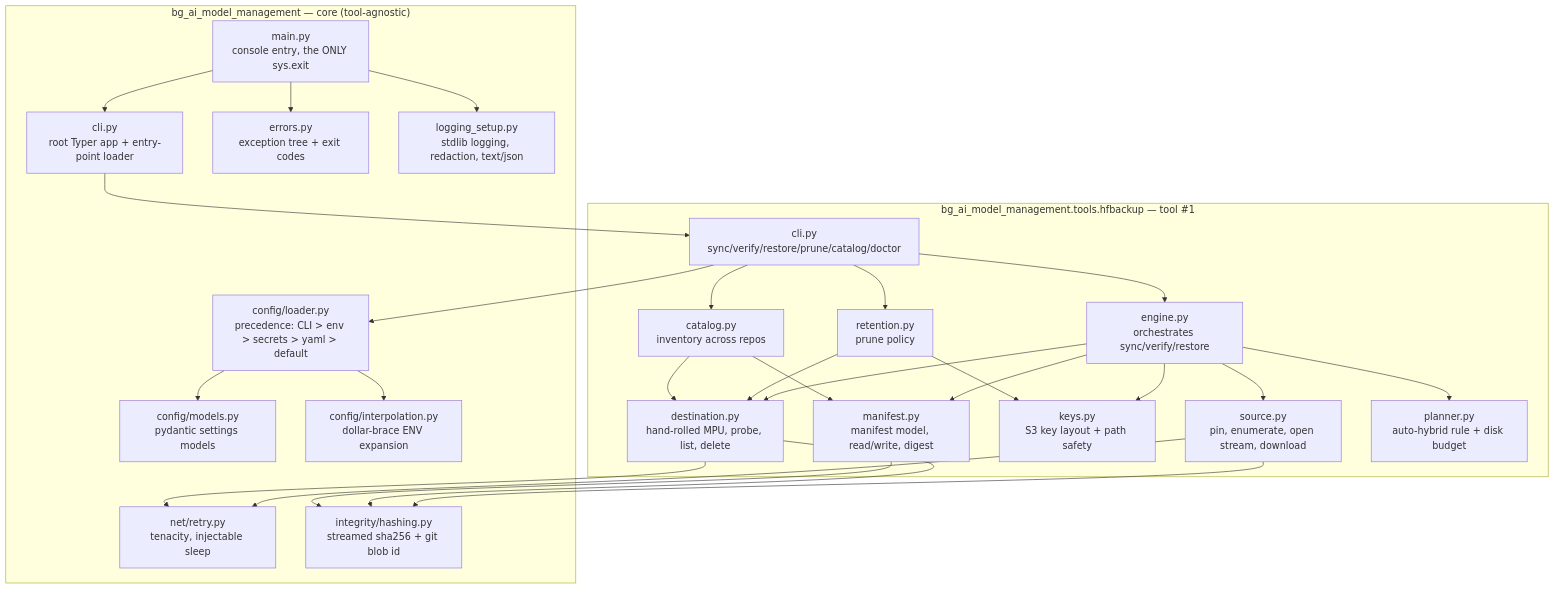
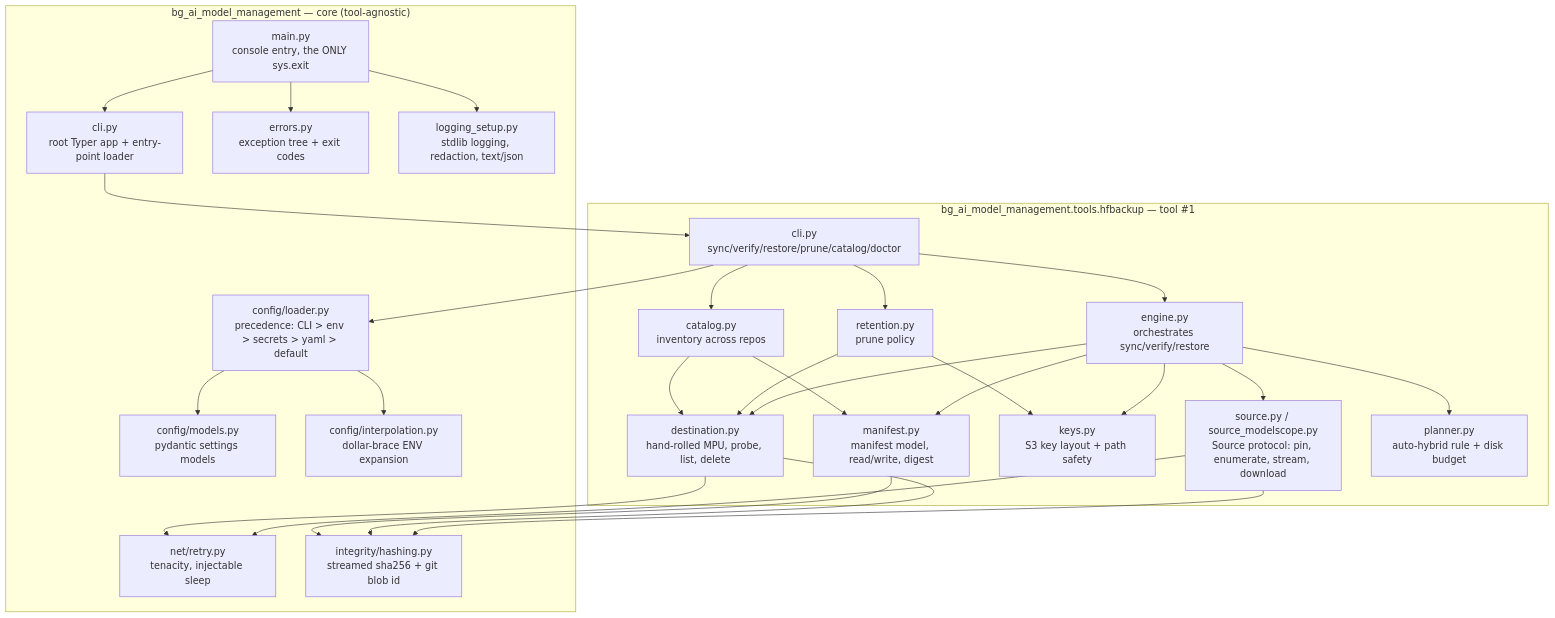
The first of 8 diagrams in docs/architecture.md (bauer-group/XPD-AIModelManagement), drawn with Mermaid before and after one commit. The commit also changed other lines of this file and 22 other files, not shown here.

````diff
--- a/docs/architecture.md
+++ b/docs/architecture.md
@@ -50,51 +50,51 @@
 ```mermaid
 graph TD
   subgraph core["bg_ai_model_management — core (tool-agnostic)"]
     main["main.py<br/>console entry, the ONLY sys.exit"]
     cli["cli.py<br/>root Typer app + entry-point loader"]
     err["errors.py<br/>exception tree + exit codes"]
     log["logging_setup.py<br/>stdlib logging, redaction, text/json"]
     cfgm["config/models.py<br/>pydantic settings models"]
     cfgl["config/loader.py<br/>precedence: CLI &gt; env &gt; secrets &gt; yaml &gt; default"]
     cfgi["config/interpolation.py<br/>dollar-brace ENV expansion"]
     retry["net/retry.py<br/>tenacity, injectable sleep"]
     hash["integrity/hashing.py<br/>streamed sha256 + git blob id"]
   end
 
   subgraph tool1["bg_ai_model_management.tools.hfbackup — tool #1"]
     tcli["cli.py<br/>sync/verify/restore/prune/catalog/doctor"]
-    src["source.py<br/>pin, enumerate, open stream, download"]
+    src["source.py / source_modelscope.py<br/>Source protocol: pin, enumerate, stream, download"]
     dst["destination.py<br/>hand-rolled MPU, probe, list, delete"]
     keys["keys.py<br/>S3 key layout + path safety"]
     man["manifest.py<br/>manifest model, read/write, digest"]
     plan["planner.py<br/>auto-hybrid rule + disk budget"]
     eng["engine.py<br/>orchestrates sync/verify/restore"]
     ret["retention.py<br/>prune policy"]
     cat["catalog.py<br/>inventory across repos"]
   end
 
   main --> cli
   main --> err
   main --> log
   cli --> tcli
   tcli --> eng
   tcli --> ret
   tcli --> cat
   tcli --> cfgl
   cfgl --> cfgm
   cfgl --> cfgi
   eng --> src
   eng --> dst
   eng --> plan
   eng --> man
   eng --> keys
   ret --> dst
   ret --> keys
   cat --> dst
   cat --> man
   src --> retry
   src --> hash
   dst --> retry
   dst --> hash
   man --> hash
 ```
````
